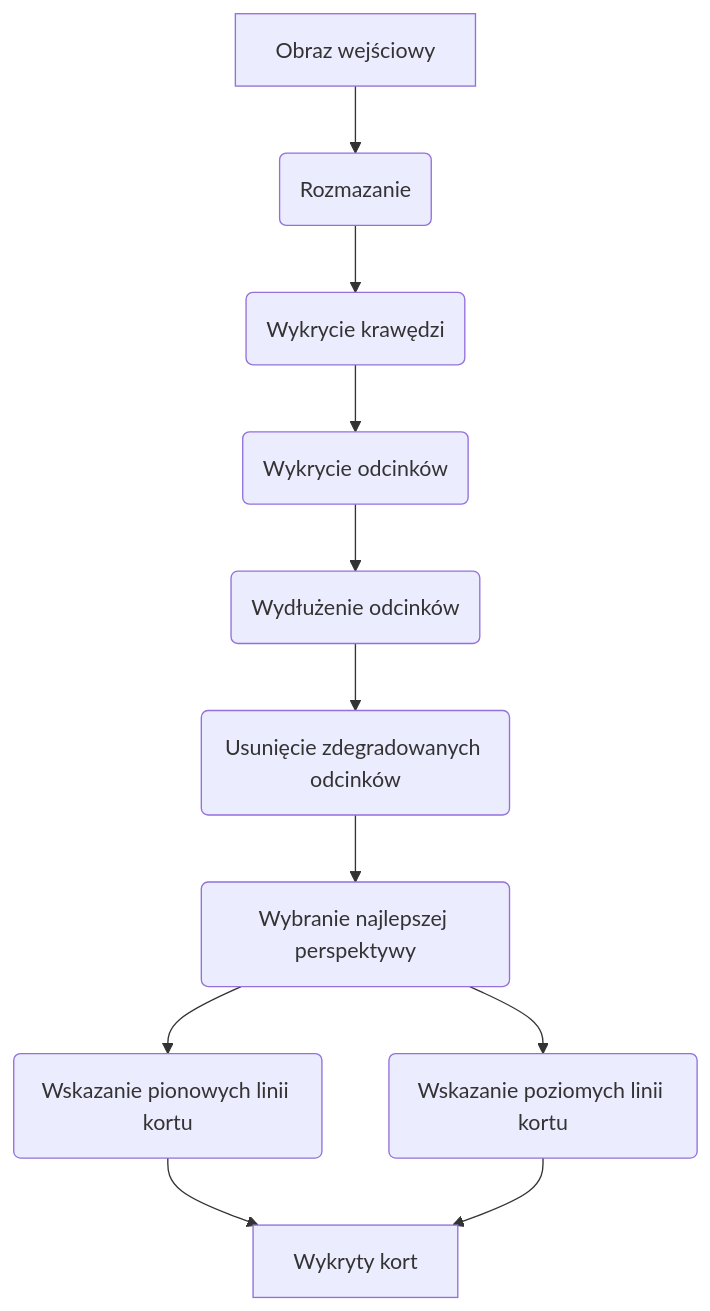
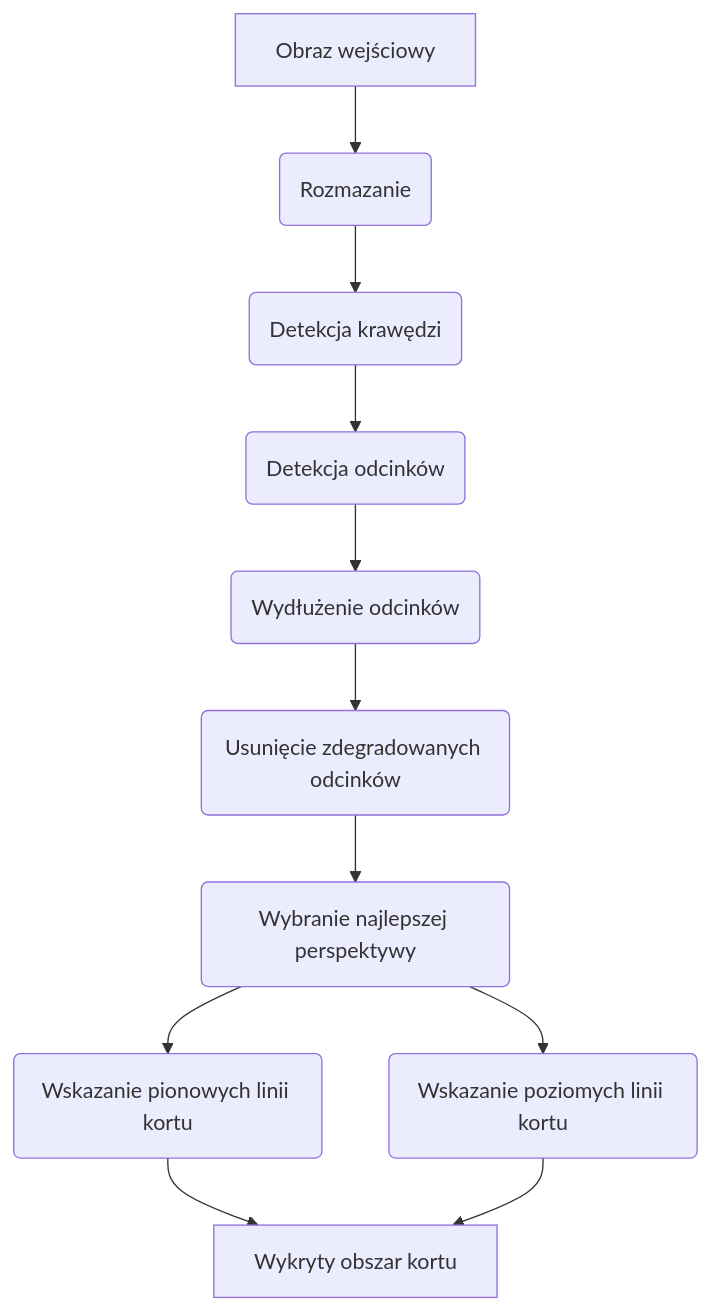
Before and after one commit to rzadp/badminton-monorepo: the diagram in thesis/chapters/problem/cpp.mmd, drawn with Mermaid. The commit also changed 9 other files, not shown here.

```diff
--- a/thesis/chapters/problem/cpp.mmd
+++ b/thesis/chapters/problem/cpp.mmd
@@ -1,29 +1,29 @@
 graph TD
 
 %% ...::: NODES :::...
 
 input[Obraz wejściowy]
 blur(Rozmazanie)
-edges(Wykrycie krawędzi)
-line_edges(Wykrycie odcinków)
+edges(Detekcja krawędzi)
+line_edges(Detekcja odcinków)
 line_extend(Wydłużenie odcinków)
 remove_degraded(Usunięcie zdegradowanych odcinków)
 best_perspective(Wybranie najlepszej perspektywy)
 detect_vertical(Wskazanie pionowych linii kortu)
 detect_horizontal(Wskazanie poziomych linii kortu)
-court[Wykryty kort]
+court[Wykryty obszar kortu]
 
 %% ...::: STYLING :::...
 
 %% ...::: FLOWS :::...
 
 input-->blur
 blur-->edges
 edges-->line_edges
 line_edges-->line_extend
 line_extend-->remove_degraded
 remove_degraded-->best_perspective
 best_perspective-->detect_vertical
 best_perspective-->detect_horizontal
 detect_vertical-->court
 detect_horizontal-->court
```
